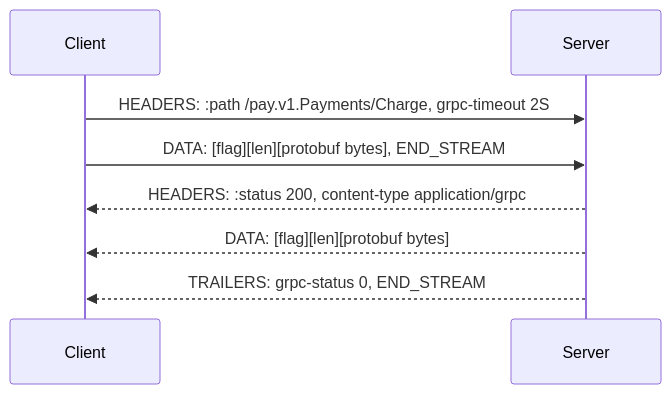
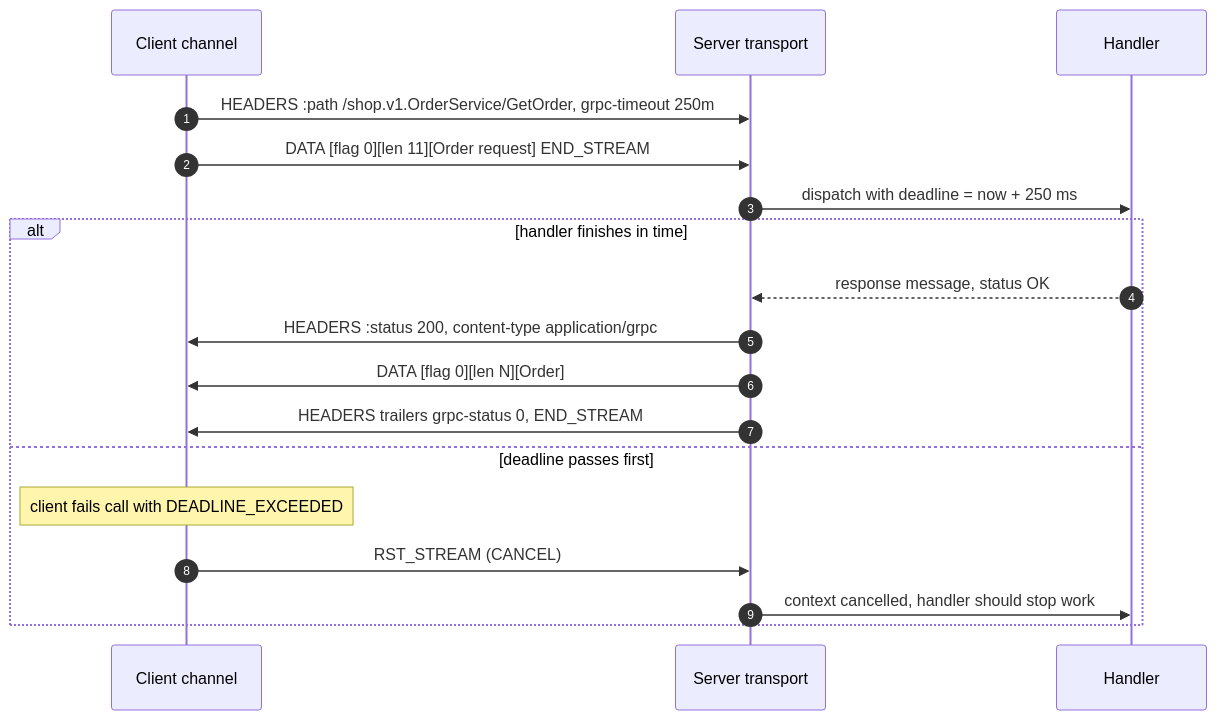
Before and after one commit to gorkemsari/distributed-systems: the third of 5 diagrams in src/content/docs/en/communication/synchronous-protocols/grpc-protocol-buffers.mdx, drawn with Mermaid. The commit also changed other lines of this file and 3 other files, not shown here.

````diff
--- a/src/content/docs/en/communication/synchronous-protocols/grpc-protocol-buffers.mdx
+++ b/src/content/docs/en/communication/synchronous-protocols/grpc-protocol-buffers.mdx
@@ -52,11 +105,20 @@
 ```mermaid
 sequenceDiagram
-    participant C as Client
-    participant S as Server
- 
-    C->>S: HEADERS: :path /pay.v1.Payments/Charge, grpc-timeout 2S
-    C->>S: DATA: [flag][len][protobuf bytes], END_STREAM
-    S-->>C: HEADERS: :status 200, content-type application/grpc
-    S-->>C: DATA: [flag][len][protobuf bytes]
-    S-->>C: TRAILERS: grpc-status 0, END_STREAM
+    autonumber
+    participant C as Client channel
+    participant S as Server transport
+    participant H as Handler
+    C->>S: HEADERS :path /shop.v1.OrderService/GetOrder, grpc-timeout 250m
+    C->>S: DATA [flag 0][len 11][Order request] END_STREAM
+    S->>H: dispatch with deadline = now + 250 ms
+    alt handler finishes in time
+        H-->>S: response message, status OK
+        S->>C: HEADERS :status 200, content-type application/grpc
+        S->>C: DATA [flag 0][len N][Order]
+        S->>C: HEADERS trailers grpc-status 0, END_STREAM
+    else deadline passes first
+        Note over C: client fails call with DEADLINE_EXCEEDED
+        C->>S: RST_STREAM (CANCEL)
+        S->>H: context cancelled, handler should stop work
+    end
 ```
````
